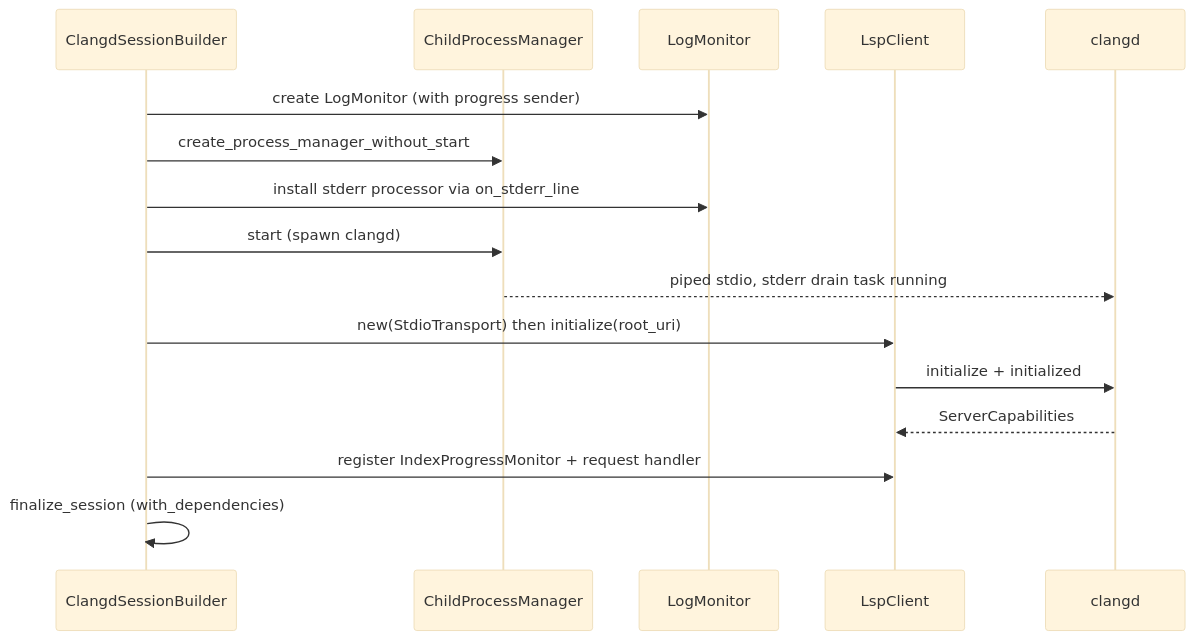
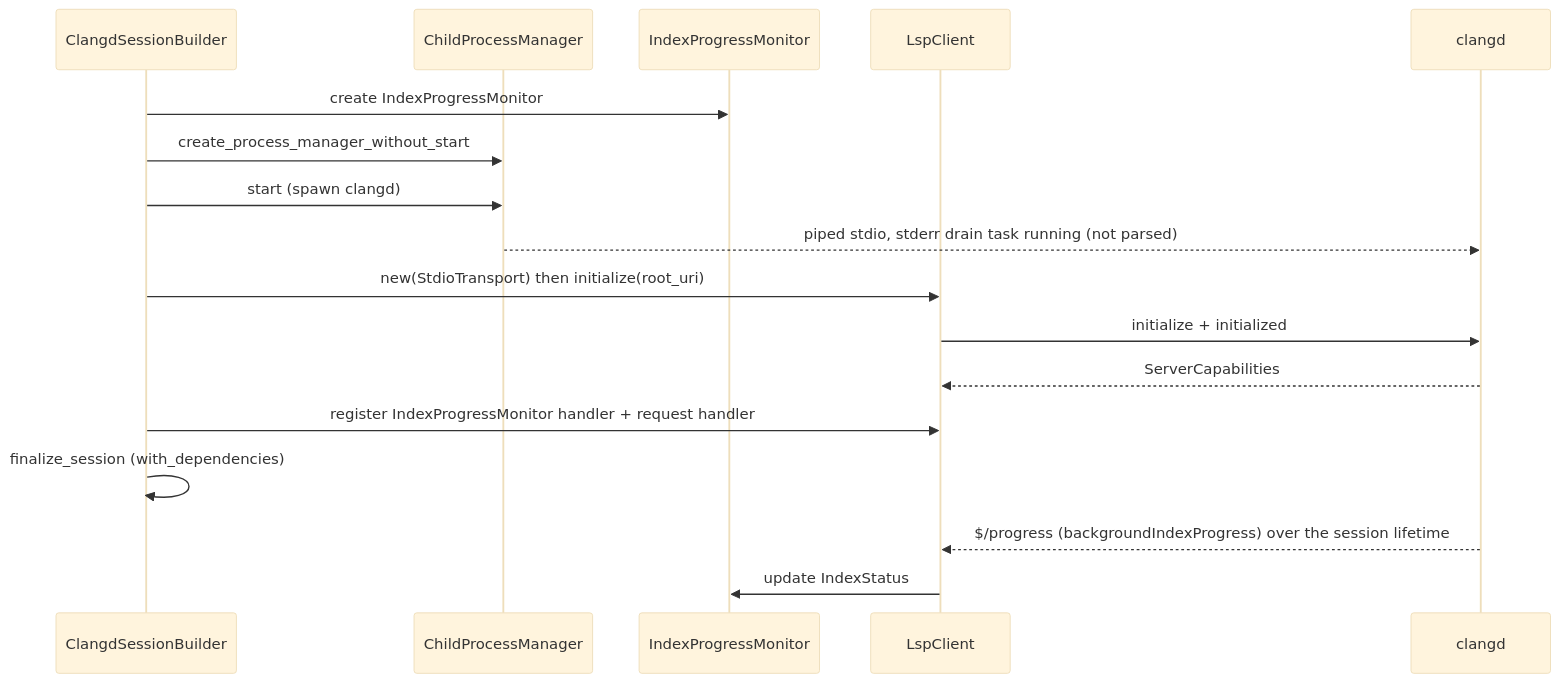
Before and after one commit to vptyp/mcp-cpp: the first of 2 diagrams in openwiki/architecture/clangd-session.md, drawn with Mermaid (base theme). The commit also changed other lines of this file and 8 other files, not shown here.

````diff
--- a/openwiki/architecture/clangd-session.md
+++ b/openwiki/architecture/clangd-session.md
@@ -88,18 +78,19 @@
 ```mermaid
 sequenceDiagram
     participant Builder as ClangdSessionBuilder
     participant PM as ChildProcessManager
-    participant LM as LogMonitor
+    participant Monitor as IndexProgressMonitor
     participant Client as LspClient
     participant Clangd as clangd
-    Builder->>LM: create LogMonitor (with progress sender)
+    Builder->>Monitor: create IndexProgressMonitor
     Builder->>PM: create_process_manager_without_start
-    Builder->>LM: install stderr processor via on_stderr_line
     Builder->>PM: start (spawn clangd)
-    PM-->>Clangd: piped stdio, stderr drain task running
+    PM-->>Clangd: piped stdio, stderr drain task running (not parsed)
     Builder->>Client: new(StdioTransport) then initialize(root_uri)
     Client->>Clangd: initialize + initialized
     Clangd-->>Client: ServerCapabilities
-    Builder->>Client: register IndexProgressMonitor + request handler
+    Builder->>Client: register IndexProgressMonitor handler + request handler
     Builder->>Builder: finalize_session (with_dependencies)
+    Clangd-->>Client: $/progress (backgroundIndexProgress) over the session lifetime
+    Client->>Monitor: update IndexStatus
 ```
````
